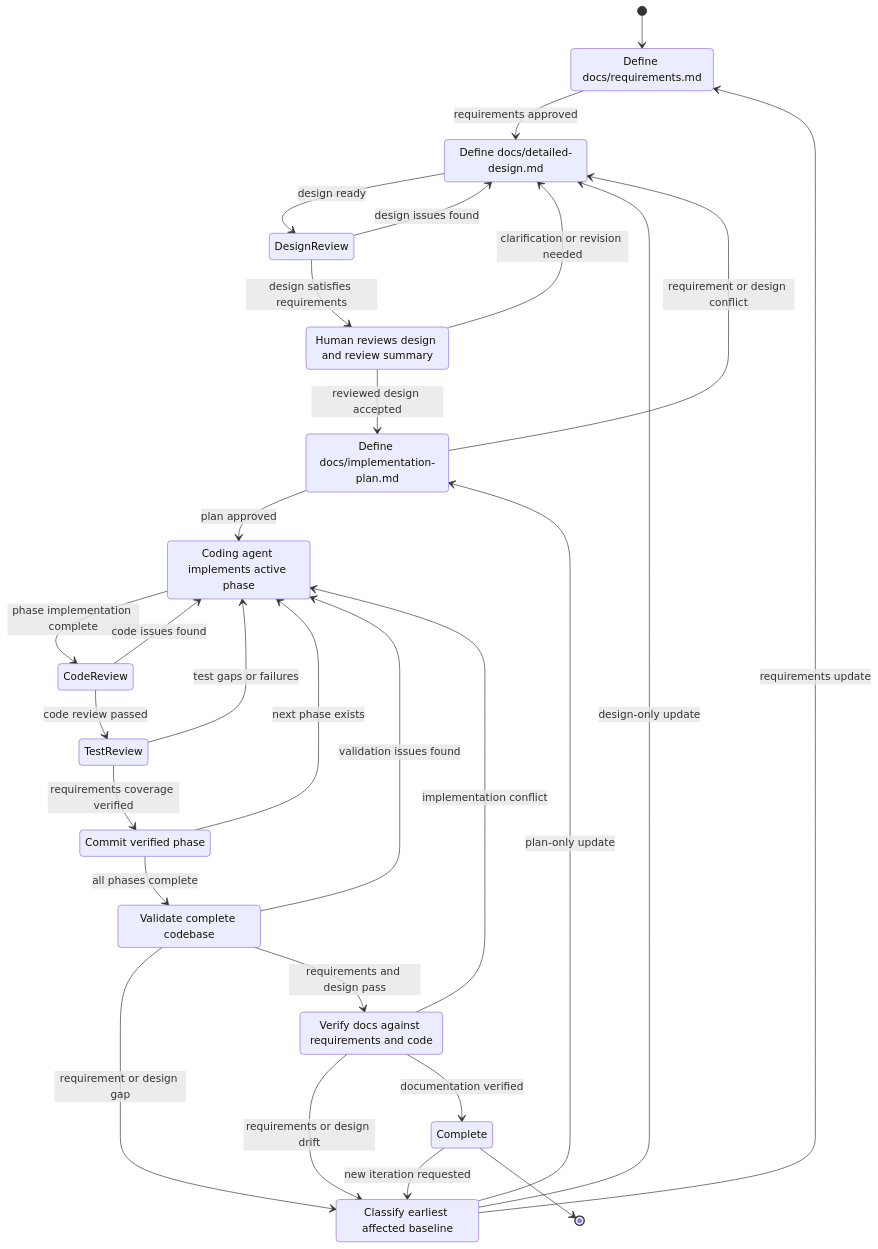
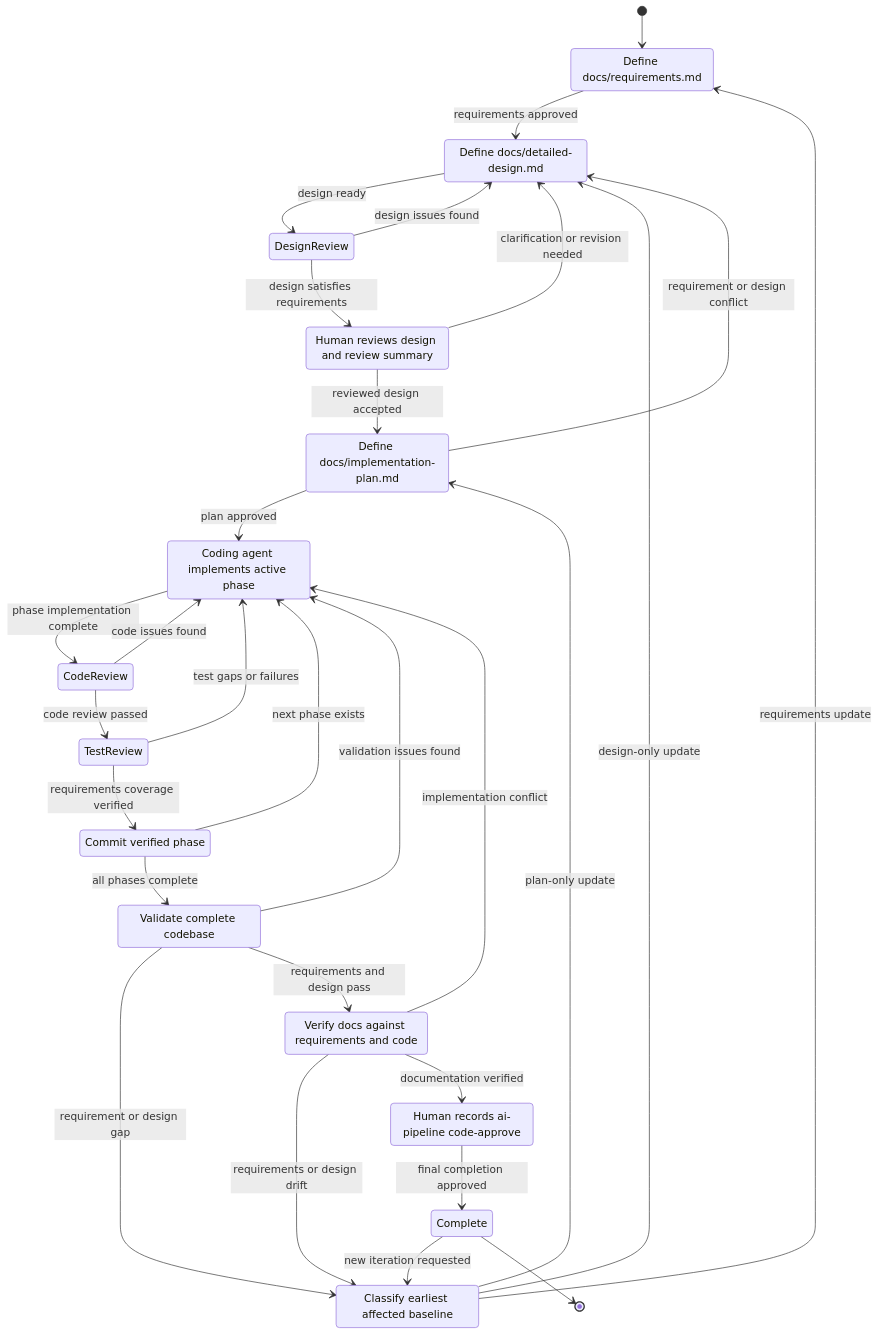
One commit to openQSE/ai-pipeline changed the second of 2 diagrams in docs/detailed-design.md. Above: the diagram before and after it, drawn with Mermaid. The commit also changed other lines of this file and 2 other files, not shown here.

````diff
--- a/docs/detailed-design.md
+++ b/docs/detailed-design.md
@@ -195,47 +206,49 @@
 ```mermaid
 stateDiagram-v2
     [*] --> RequirementsPlanning
     RequirementsPlanning: Define docs/requirements.md
     RequirementsPlanning --> DesignDraft: requirements approved
 
     DesignDraft: Define docs/detailed-design.md
     DesignDraft --> DesignReview: design ready
     DesignReview --> DesignDraft: design issues found
     DesignReview --> HumanDesignAcceptance: design satisfies requirements
 
     HumanDesignAcceptance: Human reviews design and review summary
     HumanDesignAcceptance --> DesignDraft: clarification or revision needed
     HumanDesignAcceptance --> ImplementationPlanning: reviewed design accepted
 
     ImplementationPlanning: Define docs/implementation-plan.md
     ImplementationPlanning --> PhaseImplementation: plan approved
     ImplementationPlanning --> DesignDraft: requirement or design conflict
 
     PhaseImplementation: Coding agent implements active phase
     PhaseImplementation --> CodeReview: phase implementation complete
     CodeReview --> PhaseImplementation: code issues found
     CodeReview --> TestReview: code review passed
     TestReview --> PhaseImplementation: test gaps or failures
     TestReview --> PhaseCommit: requirements coverage verified
 
     PhaseCommit: Commit verified phase
     PhaseCommit --> PhaseImplementation: next phase exists
     PhaseCommit --> ValidationTesting: all phases complete
 
     ValidationTesting: Validate complete codebase
     ValidationTesting --> PhaseImplementation: validation issues found
     ValidationTesting --> ChangeControl: requirement or design gap
     ValidationTesting --> DocumentationReview: requirements and design pass
 
     DocumentationReview: Verify docs against requirements and code
     DocumentationReview --> PhaseImplementation: implementation conflict
     DocumentationReview --> ChangeControl: requirements or design drift
-    DocumentationReview --> Complete: documentation verified
+    DocumentationReview --> HumanCompletionApproval: documentation verified
+    HumanCompletionApproval: Human records ai-pipeline code-approve
+    HumanCompletionApproval --> Complete: final completion approved
     Complete --> ChangeControl: new iteration requested
 
     ChangeControl: Classify earliest affected baseline
     ChangeControl --> RequirementsPlanning: requirements update
     ChangeControl --> DesignDraft: design-only update
     ChangeControl --> ImplementationPlanning: plan-only update
     Complete --> [*]
 ```
````
